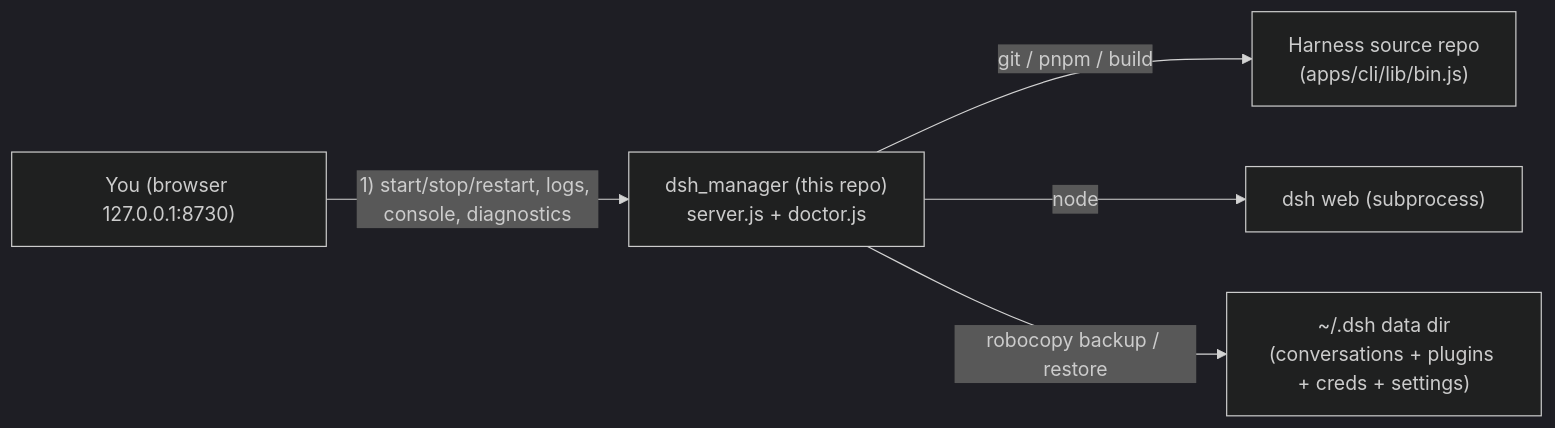
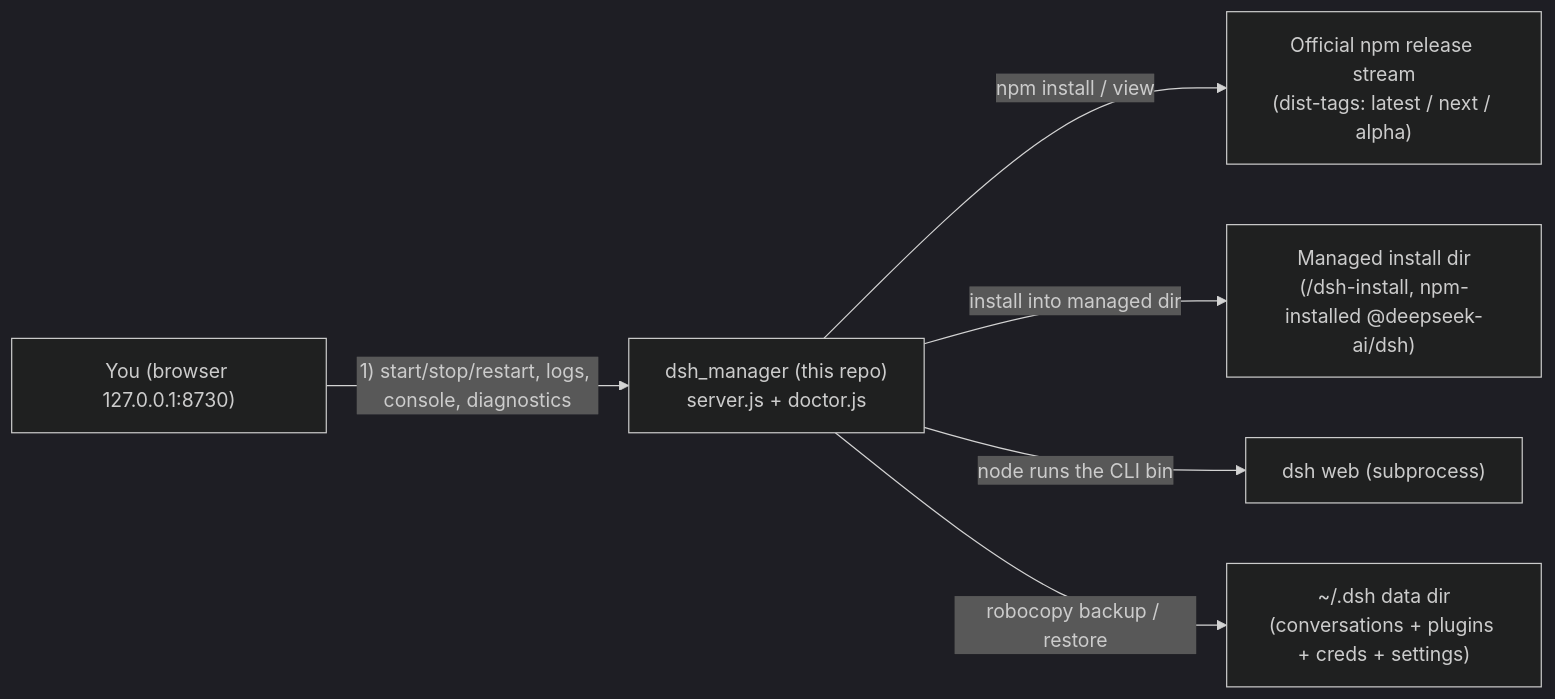
Before and after one commit to NormalTable5801/dsh_manager: the diagram in README.en.md, drawn with Mermaid (dark theme). The commit also changed other lines of this file and 6 other files, not shown here.

First line of the commit message:
feat: 重构安装/升级链路为官方 npm 发布流，移除 pnpm/git 源码构建

````diff
--- a/README.en.md
+++ b/README.en.md
@@ -111,12 +117,14 @@
 ```mermaid
 flowchart LR
   U["You (browser 127.0.0.1:8730)"]
   M["dsh_manager (this repo)<br/>server.js + doctor.js<br/>"]
-  R["Harness source repo<br/>(apps/cli/lib/bin.js)"]
+  R["Managed install dir<br/>(<manager>/dsh-install, npm-installed @deepseek-ai/dsh)"]
   W["dsh web (subprocess)"]
   D["~/.dsh data dir<br/>(conversations + plugins + creds + settings)"]
+  N["Official npm release stream<br/>(dist-tags: latest / next / alpha)"]
   U -->|"1) start/stop/restart, logs, console, diagnostics"| M
-  M -->|"git / pnpm / build"| R
-  M -->|"node"| W
+  M -->|"npm install / view"| N
+  M -->|"install into managed dir"| R
+  M -->|"node runs the CLI bin"| W
   M -->|"robocopy backup / restore"| D
 ```
````
